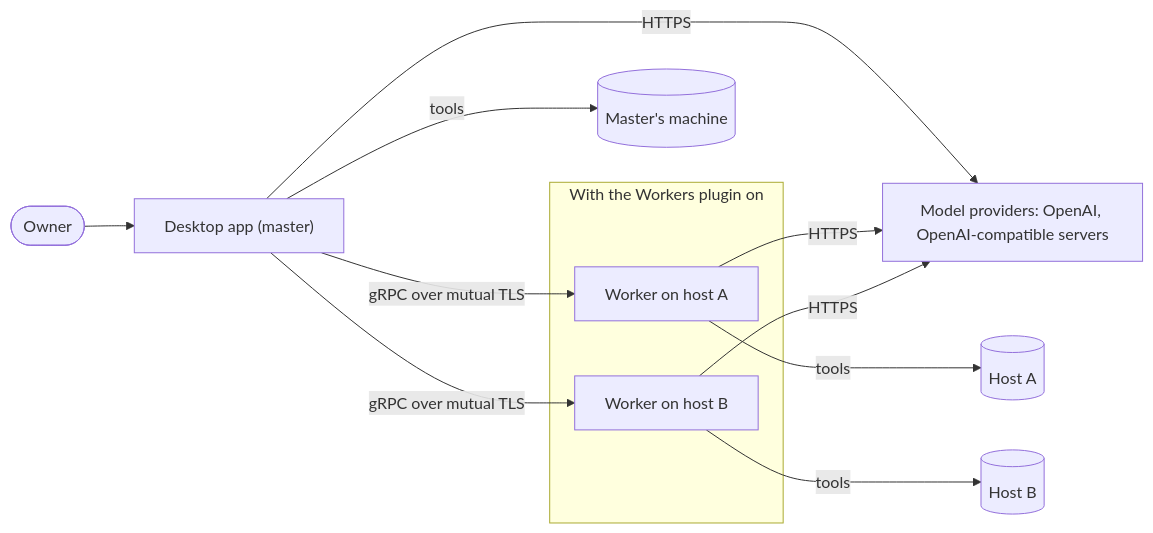
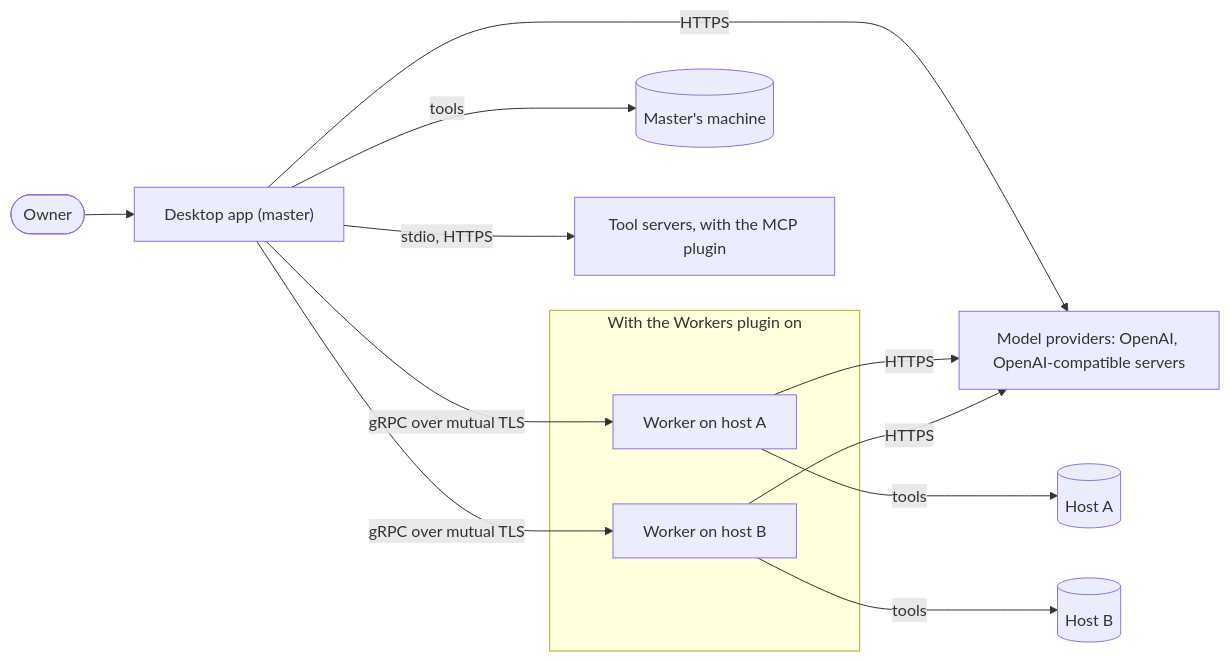
One commit to limbon2/mannie changed the first of 4 diagrams in docs/architecture/overview.md. Above: the diagram before and after it, drawn with Mermaid. The commit also changed other lines of this file and 274 other files, not shown here.

````diff
--- a/docs/architecture/overview.md
+++ b/docs/architecture/overview.md
@@ -27,16 +27,17 @@
 ```mermaid
 flowchart LR
   Owner([Owner]) --> Master["Desktop app (master)"]
   Master -->|HTTPS| Providers["Model providers: OpenAI, OpenAI-compatible servers"]
   Master -->|tools| MasterMachine[("Master's machine")]
   subgraph Workers["With the Workers plugin on"]
     WorkerA["Worker on host A"]
     WorkerB["Worker on host B"]
   end
   Master -->|"gRPC over mutual TLS"| WorkerA
   Master -->|"gRPC over mutual TLS"| WorkerB
   WorkerA -->|HTTPS| Providers
   WorkerB -->|HTTPS| Providers
   WorkerA -->|tools| HostA[("Host A")]
   WorkerB -->|tools| HostB[("Host B")]
+  Master -->|"stdio, HTTPS"| ToolServers["Tool servers, with the MCP plugin"]
 ```
````
